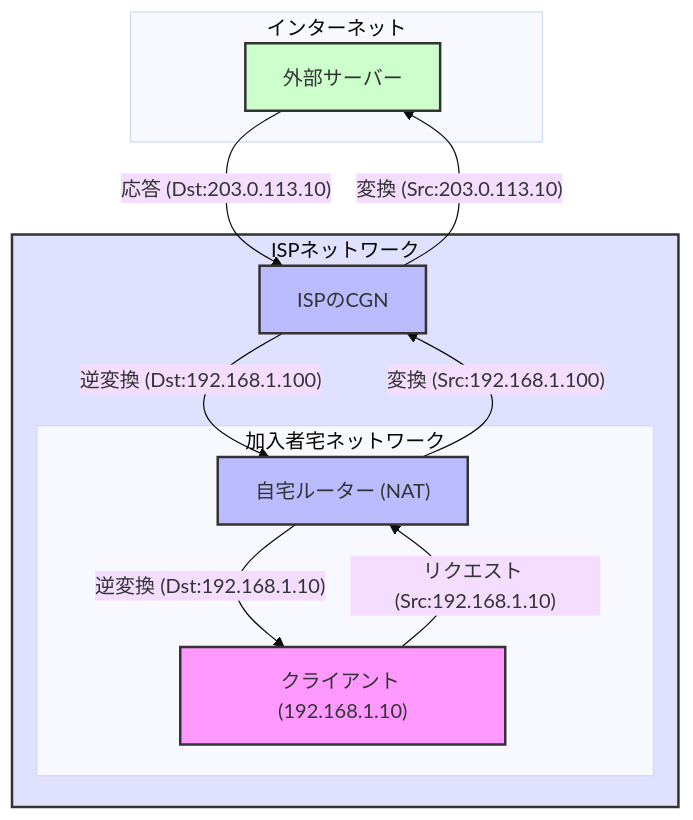
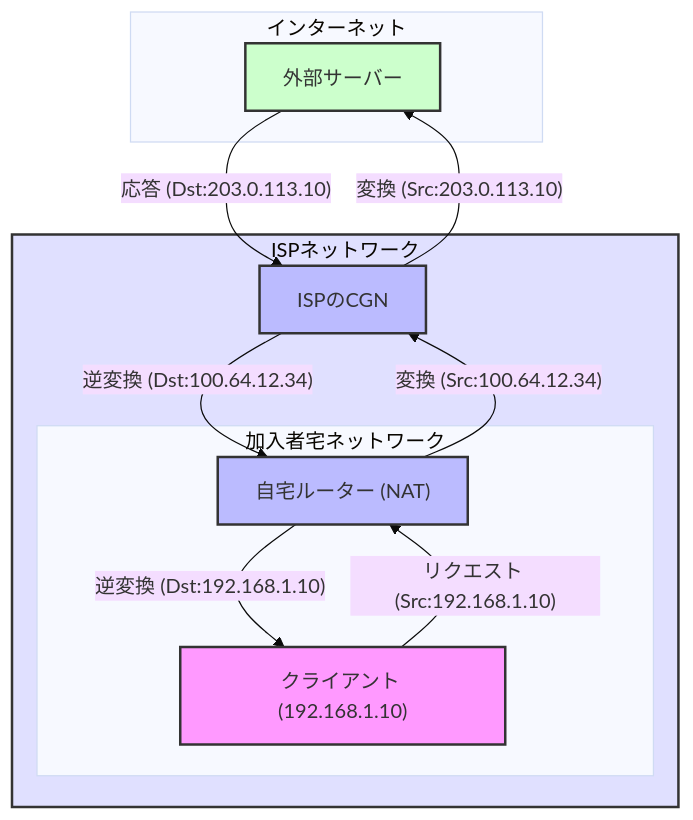
The diagram in source/transport/nat/challenges-and-considerations.md (densuke/2025-network-doc), drawn with Mermaid (base theme) before and after one commit.

````diff
--- a/source/transport/nat/challenges-and-considerations.md
+++ b/source/transport/nat/challenges-and-considerations.md
@@ -53,26 +53,26 @@
 ```{mermaid}
 graph TD
     subgraph インターネット
         External[外部サーバー]
     end
     subgraph ISPネットワーク
         ISP_NAT[ISPのCGN]
         subgraph 加入者宅ネットワーク
             HomeRouter["自宅ルーター (NAT)"]
             Client["クライアント (192.168.1.10)"]
         end
     end
 
     Client -- "リクエスト (Src:192.168.1.10)" --> HomeRouter
-    HomeRouter -- "変換 (Src:192.168.1.100)" --> ISP_NAT
+    HomeRouter -- "変換 (Src:100.64.12.34)" --> ISP_NAT
     ISP_NAT -- "変換 (Src:203.0.113.10)" --> External
     External -- "応答 (Dst:203.0.113.10)" --> ISP_NAT
-    ISP_NAT -- "逆変換 (Dst:192.168.1.100)" --> HomeRouter
+    ISP_NAT -- "逆変換 (Dst:100.64.12.34)" --> HomeRouter
     HomeRouter -- "逆変換 (Dst:192.168.1.10)" --> Client
 
     style External fill:#cfc,stroke:#333,stroke-width:2px
     style ISP_NAT fill:#bbf,stroke:#333,stroke-width:2px
     style HomeRouter fill:#bbf,stroke:#333,stroke-width:2px
     style Client fill:#f9f,stroke:#333,stroke-width:2px
     style ISPネットワーク fill:#e0e0ff,stroke:#333,stroke-width:2px
 ```
````
